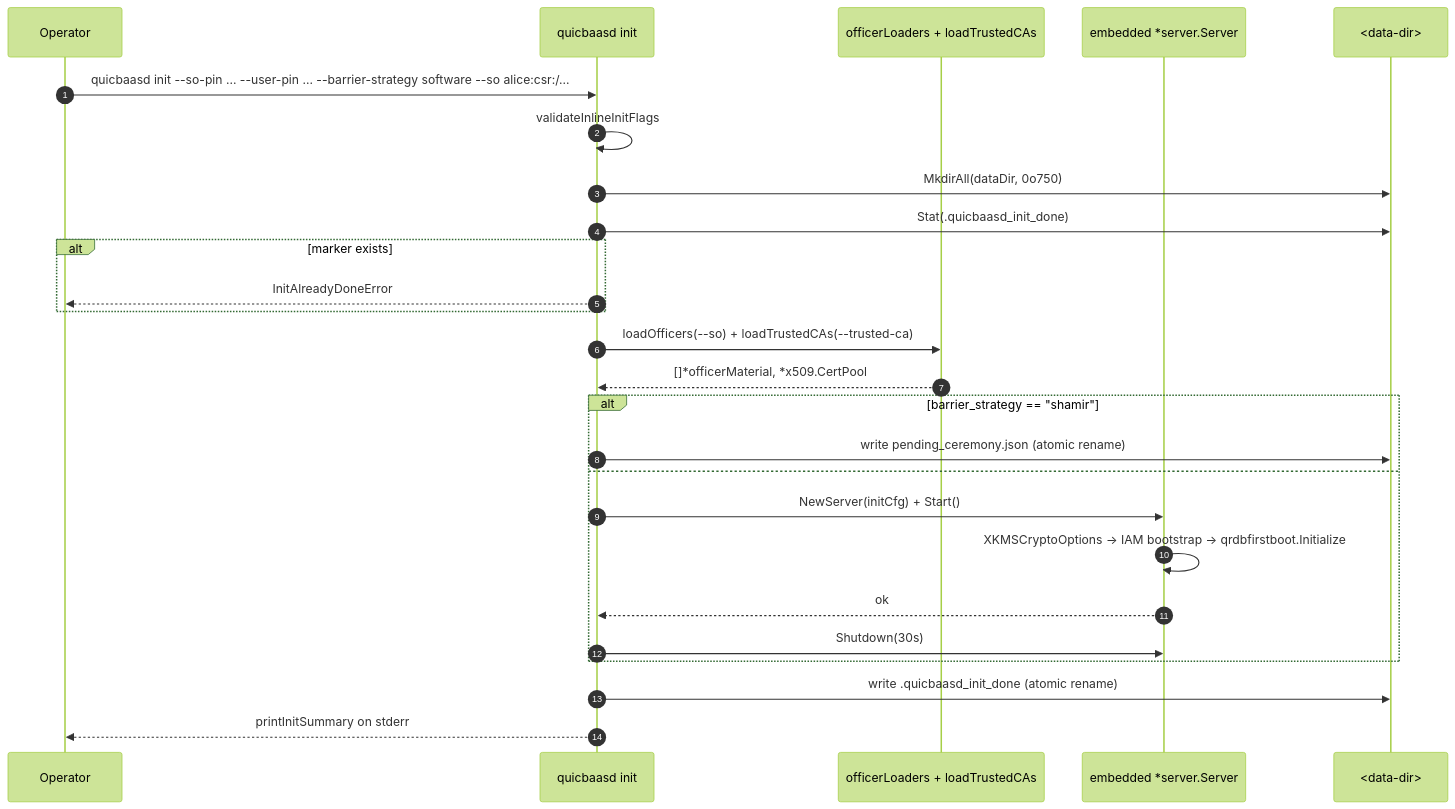
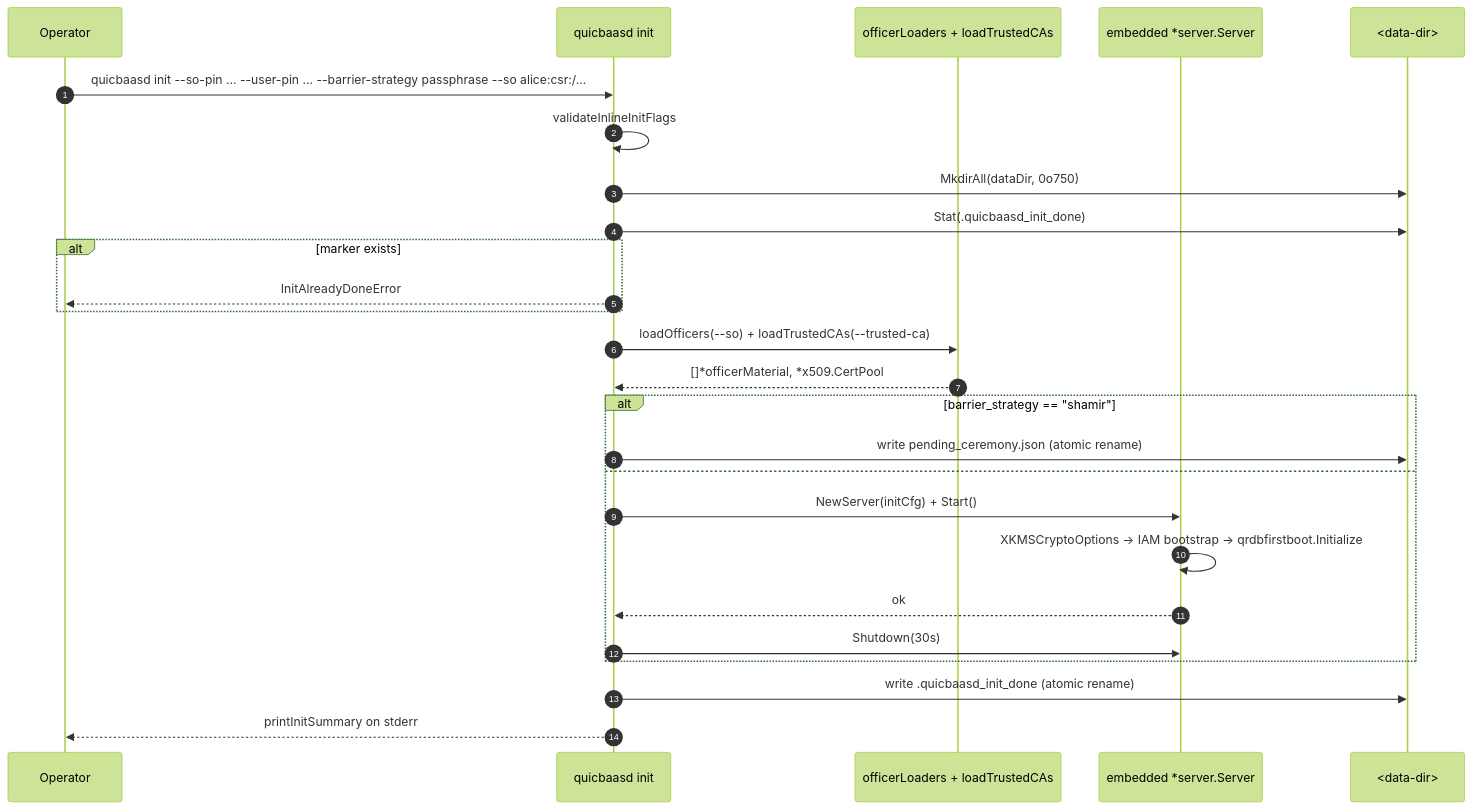
One commit to jeremyhahn/go-quicbaas changed the diagram in docs/cli/init.md. Above: the diagram before and after it, drawn with Mermaid (forest theme). The commit also changed other lines of this file and 476 other files, not shown here.

````diff
--- a/docs/cli/init.md
+++ b/docs/cli/init.md
@@ -169,29 +193,29 @@
 ```mermaid
 sequenceDiagram
     autonumber
     participant Op as Operator
     participant Daemon as quicbaasd init
     participant Loaders as officerLoaders + loadTrustedCAs
     participant Server as embedded *server.Server
     participant Disk as <data-dir>
 
-    Op->>Daemon: quicbaasd init --so-pin … --user-pin … --barrier-strategy software --so alice:csr:/...
+    Op->>Daemon: quicbaasd init --so-pin … --user-pin … --barrier-strategy passphrase --so alice:csr:/...
     Daemon->>Daemon: validateInlineInitFlags
     Daemon->>Disk: MkdirAll(dataDir, 0o750)
     Daemon->>Disk: Stat(.quicbaasd_init_done)
     alt marker exists
         Daemon-->>Op: InitAlreadyDoneError
     end
     Daemon->>Loaders: loadOfficers(--so) + loadTrustedCAs(--trusted-ca)
     Loaders-->>Daemon: []*officerMaterial, *x509.CertPool
     alt barrier_strategy == "shamir"
         Daemon->>Disk: write pending_ceremony.json (atomic rename)
     else
         Daemon->>Server: NewServer(initCfg) + Start()
         Server->>Server: XKMSCryptoOptions → IAM bootstrap → qrdbfirstboot.Initialize
         Server-->>Daemon: ok
         Daemon->>Server: Shutdown(30s)
     end
     Daemon->>Disk: write .quicbaasd_init_done (atomic rename)
     Daemon-->>Op: printInitSummary on stderr
 ```
````
